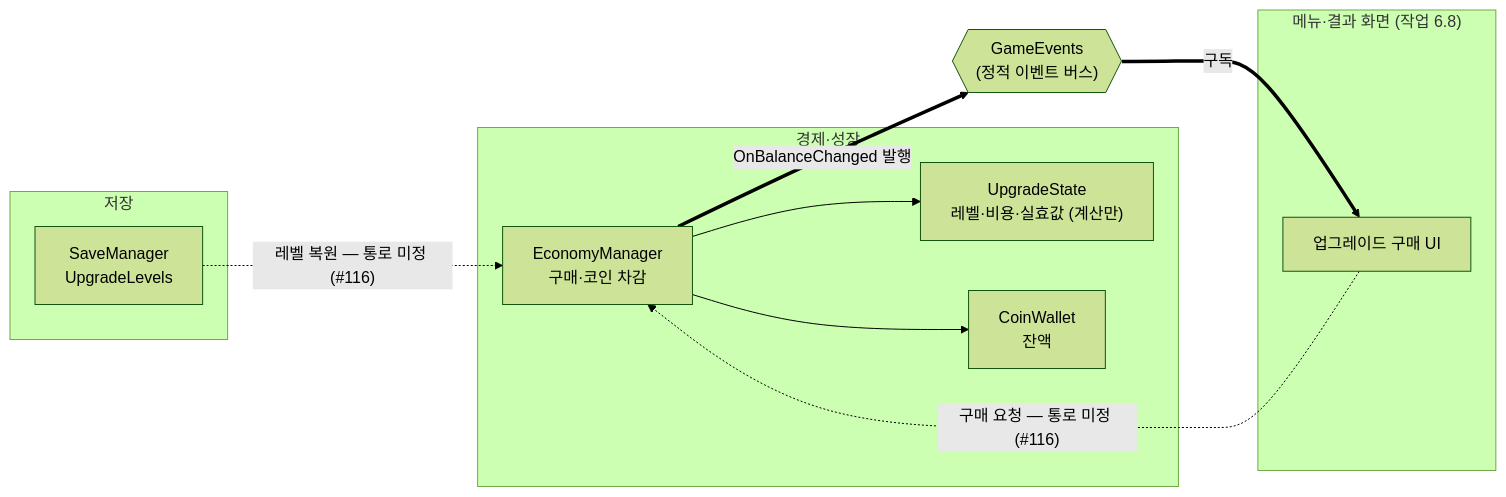
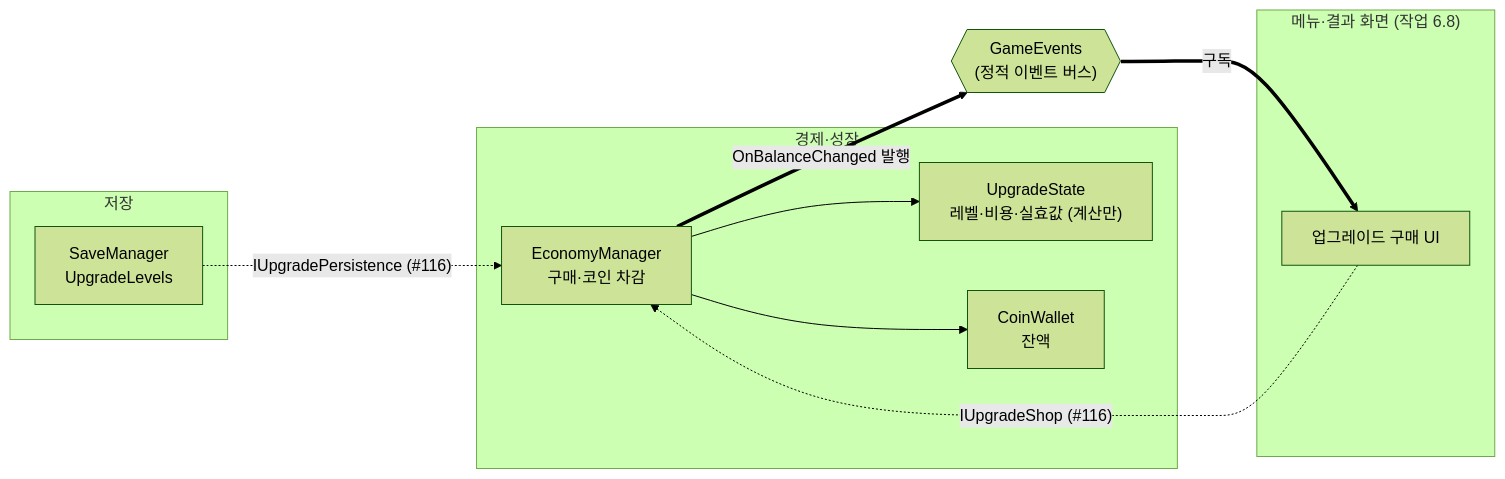
One commit to KDNA-Gwangju-1/NCAIClicker changed the diagram in docs/TECH_NOTES/upgrades.md. Above: the diagram before and after it, drawn with Mermaid (forest theme). The commit also changed other lines of this file and 3 other files, not shown here.

````diff
--- a/docs/TECH_NOTES/upgrades.md
+++ b/docs/TECH_NOTES/upgrades.md
@@ -46,25 +49,25 @@
 ```mermaid
 flowchart LR
   subgraph Economy["경제·성장"]
     mgr["EconomyManager<br/>구매·코인 차감"]
     state["UpgradeState<br/>레벨·비용·실효값 (계산만)"]
     wallet["CoinWallet<br/>잔액"]
   end
 
   subgraph Shop["메뉴·결과 화면 (작업 6.8)"]
     ui["업그레이드 구매 UI"]
   end
 
   subgraph Save["저장"]
     save["SaveManager<br/>UpgradeLevels"]
   end
 
   events{{"GameEvents<br/>(정적 이벤트 버스)"}}
 
   mgr --> state
   mgr --> wallet
-  ui -. "구매 요청 — 통로 미정 (#116)" .-> mgr
-  save -. "레벨 복원 — 통로 미정 (#116)" .-> mgr
+  ui -. "IUpgradeShop (#116)" .-> mgr
+  save -. "IUpgradePersistence (#116)" .-> mgr
   mgr == "OnBalanceChanged 발행" ==> events
   events == "구독" ==> ui
 ```
````
